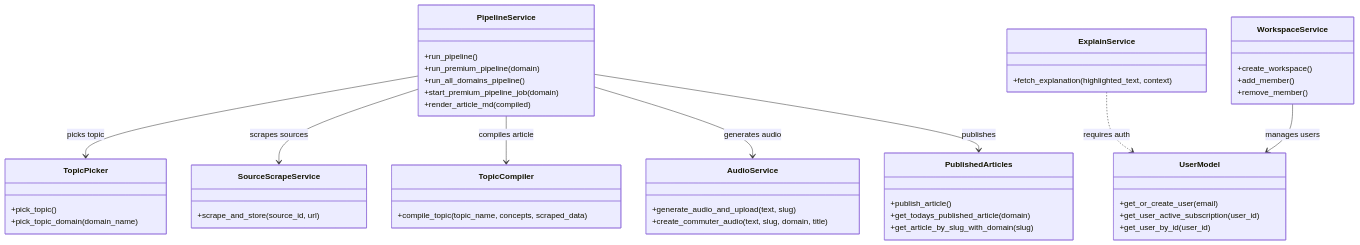
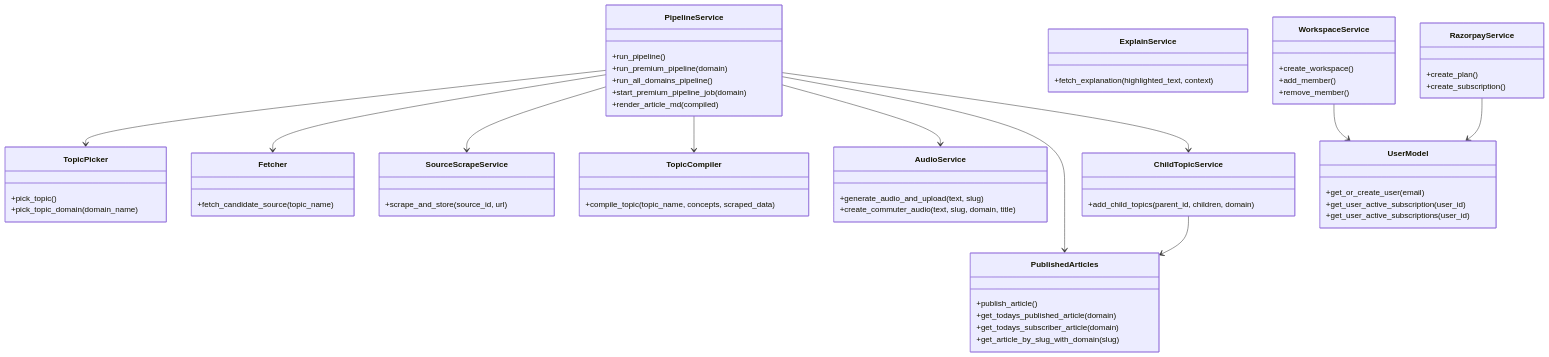
Before and after one commit to pradnyeshbhalekar/looplearn-fe: the seventh of 11 diagrams in frontend_blackbook.md, drawn with Mermaid. The commit also changed other lines of this file, not shown here.

````diff
--- a/frontend_blackbook.md
+++ b/frontend_blackbook.md
@@ -380,58 +442,64 @@
 ```mermaid
 classDiagram
     class PipelineService {
         +run_pipeline()
         +run_premium_pipeline(domain)
         +run_all_domains_pipeline()
         +start_premium_pipeline_job(domain)
         +render_article_md(compiled)
     }
-
     class TopicPicker {
         +pick_topic()
         +pick_topic_domain(domain_name)
     }
-
     class TopicCompiler {
         +compile_topic(topic_name, concepts, scraped_data)
     }
-
     class AudioService {
         +generate_audio_and_upload(text, slug)
         +create_commuter_audio(text, slug, domain, title)
     }
-
     class ExplainService {
         +fetch_explanation(highlighted_text, context)
     }
-
+    class ChildTopicService {
+        +add_child_topics(parent_id, children, domain)
+    }
     class SourceScrapeService {
         +scrape_and_store(source_id, url)
     }
-
+    class Fetcher {
+        +fetch_candidate_source(topic_name)
+    }
     class PublishedArticles {
         +publish_article()
         +get_todays_published_article(domain)
+        +get_todays_subscriber_article(domain)
         +get_article_by_slug_with_domain(slug)
     }
-
     class UserModel {
         +get_or_create_user(email)
         +get_user_active_subscription(user_id)
-        +get_user_by_id(user_id)
+        +get_user_active_subscriptions(user_id)
     }
-
     class WorkspaceService {
         +create_workspace()
         +add_member()
         +remove_member()
     }
+    class RazorpayService {
+        +create_plan()
+        +create_subscription()
+    }
 
-    PipelineService --> TopicPicker : picks topic
-    PipelineService --> SourceScrapeService : scrapes sources
-    PipelineService --> TopicCompiler : compiles article
-    PipelineService --> AudioService : generates audio
-    PipelineService --> PublishedArticles : publishes
-    ExplainService ..> UserModel : requires auth
-    WorkspaceService --> UserModel : manages users
+    PipelineService --> TopicPicker
+    PipelineService --> Fetcher
+    PipelineService --> SourceScrapeService
+    PipelineService --> TopicCompiler
+    PipelineService --> AudioService
+    PipelineService --> PublishedArticles
+    PipelineService --> ChildTopicService
+    ChildTopicService --> PublishedArticles
+    WorkspaceService --> UserModel
+    RazorpayService --> UserModel
 ```
````
